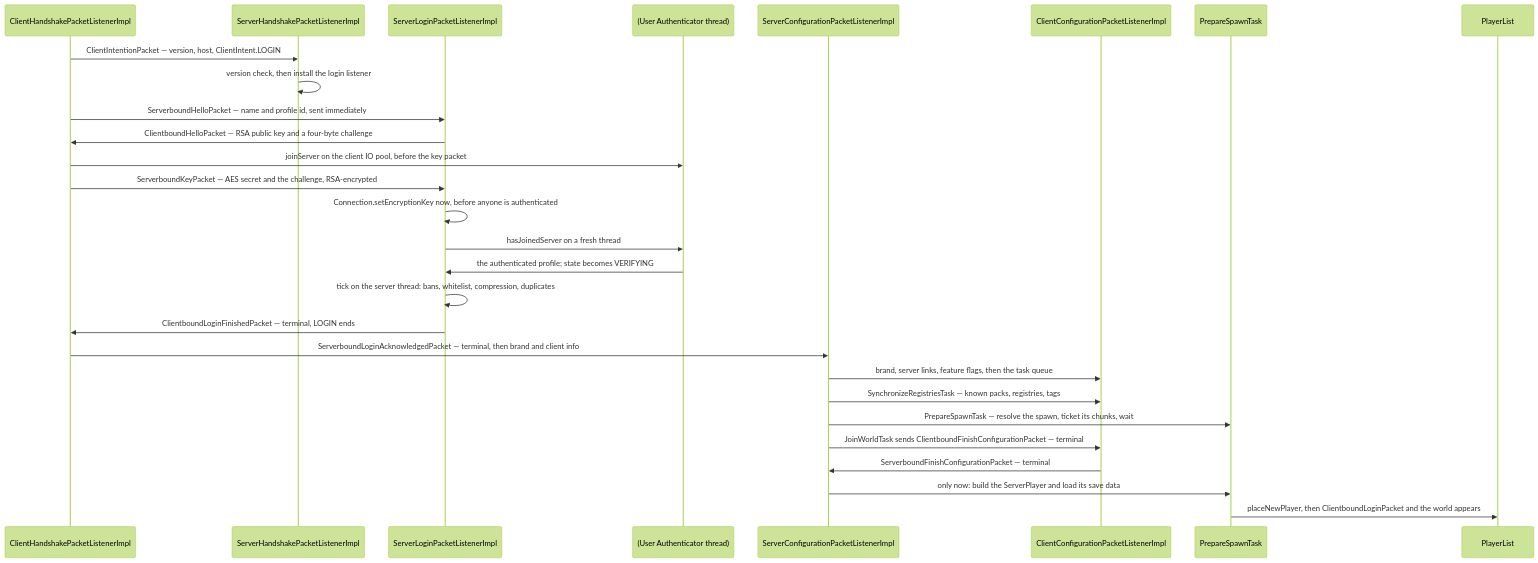
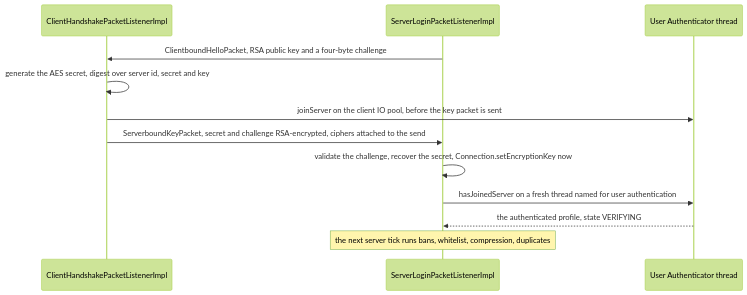
Before and after one commit to AlexanderjFraser/MinecraftDocs: the third of 4 diagrams in src/systems/networking/protocol-phases.md, drawn with Mermaid (forest theme). The commit also changed other lines of this file and 19 other files, not shown here.

First line of the commit message:
pass 3, session A — the frame: two pilots reshaped, the menu of shapes, the lane key and its linter, the front door and Part I's landing page

````diff
--- a/src/systems/networking/protocol-phases.md
+++ b/src/systems/networking/protocol-phases.md
@@ -101,31 +161,15 @@
 ```mermaid
 sequenceDiagram
-    participant CH as ClientHandshakePacketListenerImpl
-    participant SH as ServerHandshakePacketListenerImpl
-    participant SL as ServerLoginPacketListenerImpl
-    participant AUTH as (User Authenticator thread)
-    participant SC as ServerConfigurationPacketListenerImpl
-    participant CC as ClientConfigurationPacketListenerImpl
-    participant PST as PrepareSpawnTask
-    participant PL as PlayerList
+    participant CHPL as ClientHandshakePacketListenerImpl
+    participant SLPL as ServerLoginPacketListenerImpl
+    participant Auth as User Authenticator thread
 
-    CH->>SH: ClientIntentionPacket — version, host, ClientIntent.LOGIN
-    SH->>SH: version check, then install the login listener
-    CH->>SL: ServerboundHelloPacket — name and profile id, sent immediately
-    SL->>CH: ClientboundHelloPacket — RSA public key and a four-byte challenge
-    CH->>AUTH: joinServer on the client IO pool, before the key packet
-    CH->>SL: ServerboundKeyPacket — AES secret and the challenge, RSA-encrypted
-    SL->>SL: Connection.setEncryptionKey now, before anyone is authenticated
-    SL->>AUTH: hasJoinedServer on a fresh thread
-    AUTH->>SL: the authenticated profile#59; state becomes VERIFYING
-    SL->>SL: tick on the server thread: bans, whitelist, compression, duplicates
-    SL->>CH: ClientboundLoginFinishedPacket — terminal, LOGIN ends
-    CH->>SC: ServerboundLoginAcknowledgedPacket — terminal, then brand and client info
-    SC->>CC: brand, server links, feature flags, then the task queue
-    SC->>CC: SynchronizeRegistriesTask — known packs, registries, tags
-    SC->>PST: PrepareSpawnTask — resolve the spawn, ticket its chunks, wait
-    SC->>CC: JoinWorldTask sends ClientboundFinishConfigurationPacket — terminal
-    CC->>SC: ServerboundFinishConfigurationPacket — terminal
-    SC->>PST: only now: build the ServerPlayer and load its save data
-    PST->>PL: placeNewPlayer, then ClientboundLoginPacket and the world appears
+    SLPL->>CHPL: ClientboundHelloPacket, RSA public key and a four-byte challenge
+    CHPL->>CHPL: generate the AES secret, digest over server id, secret and key
+    CHPL->>Auth: joinServer on the client IO pool, before the key packet is sent
+    CHPL->>SLPL: ServerboundKeyPacket, secret and challenge RSA-encrypted, ciphers attached to the send
+    SLPL->>SLPL: validate the challenge, recover the secret, Connection.setEncryptionKey now
+    SLPL->>Auth: hasJoinedServer on a fresh thread named for user authentication
+    Auth-->>SLPL: the authenticated profile, state VERIFYING
+    Note over SLPL: the next server tick runs bans, whitelist, compression, duplicates
 ```
````
